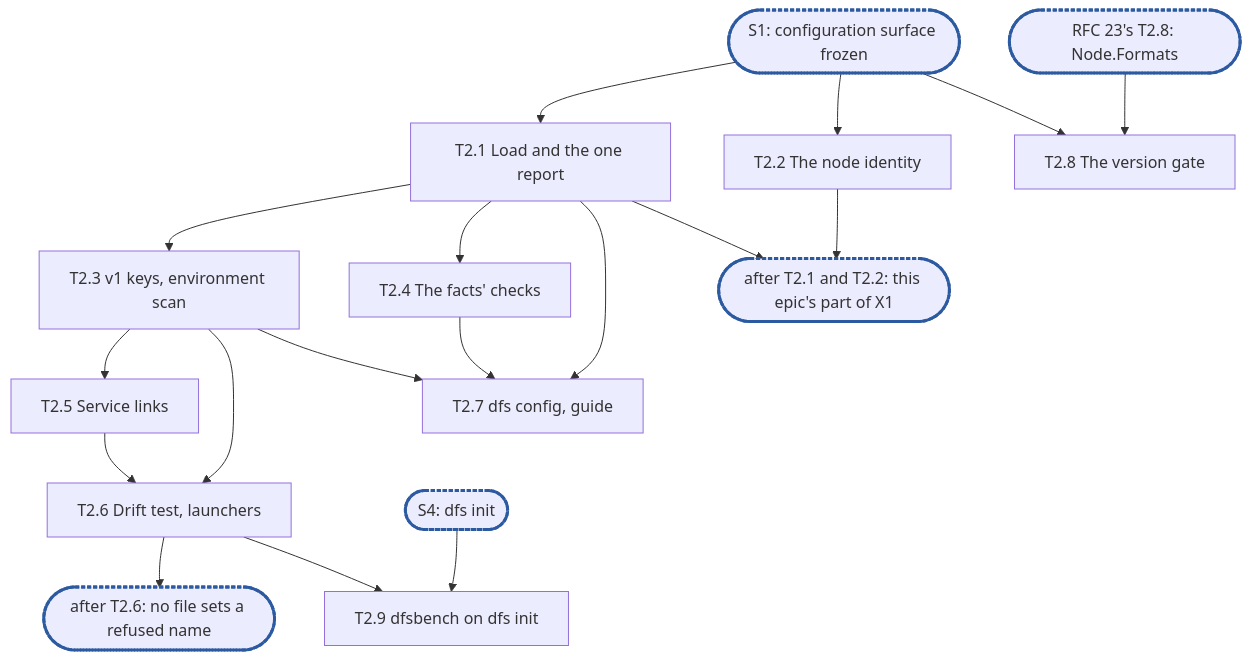
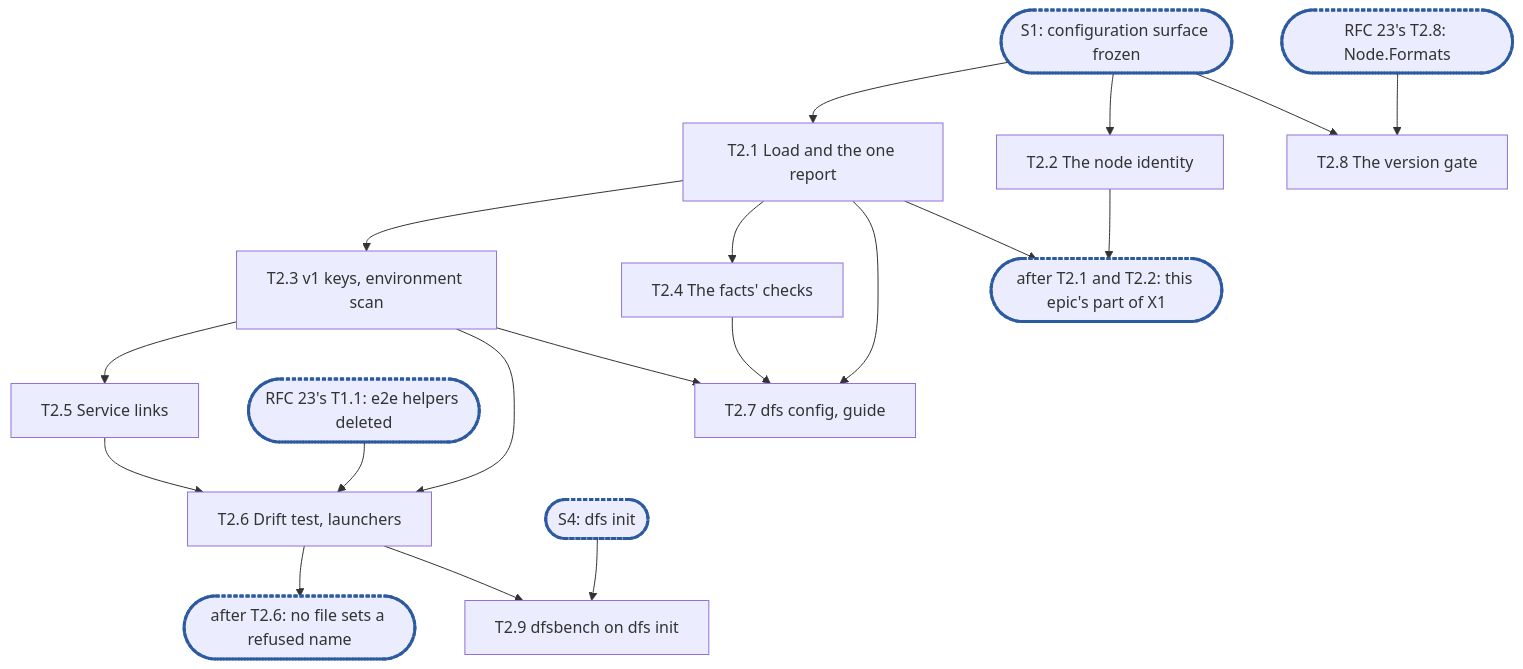
Before and after one commit to cubbit/dittofs: the diagram in .planning/rfc-13-config-epic2.md, drawn with Mermaid. The commit also changed other lines of this file and 4 other files, not shown here.

````diff
--- a/.planning/rfc-13-config-epic2.md
+++ b/.planning/rfc-13-config-epic2.md
@@ -584,17 +586,18 @@
 ```mermaid
 flowchart TD
   S1(["S1: configuration surface frozen"]):::sync --> T2_1["T2.1 Load and the one report"]
   S1 --> T2_2["T2.2 The node identity"]
   T2_1 --> T2_3["T2.3 v1 keys, environment scan"]
   T2_1 --> T2_4["T2.4 The facts' checks"]
   T2_3 --> T2_5["T2.5 Service links"]
   T2_3 & T2_5 --> T2_6["T2.6 Drift test, launchers"]
+  N231(["RFC 23's T1.1: e2e helpers deleted"]):::sync --> T2_6
   T2_6 --> C6(["after T2.6: no file sets a refused name"]):::sync
   T2_1 & T2_3 & T2_4 --> T2_7["T2.7 dfs config, guide"]
   N23(["RFC 23's T2.8: Node.Formats"]):::sync --> T2_8["T2.8 The version gate"]
   S1 --> T2_8
   S4(["S4: dfs init"]):::sync --> T2_9["T2.9 dfsbench on dfs init"]
   T2_6 --> T2_9
   T2_1 & T2_2 --> X1(["after T2.1 and T2.2: this epic's part of X1"]):::sync
   classDef sync stroke:#2c5aa0,stroke-width:3px,stroke-dasharray:4 2
 ```
````
